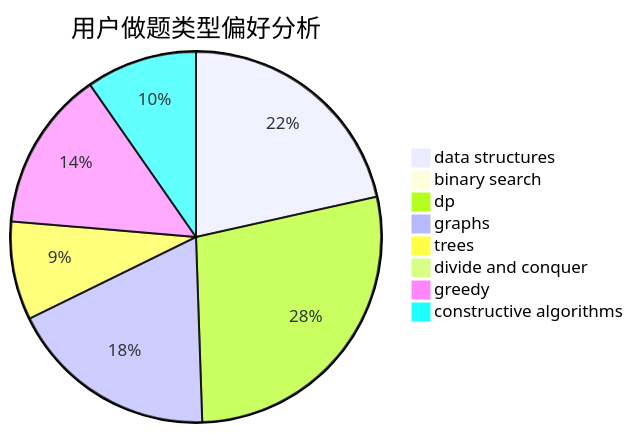
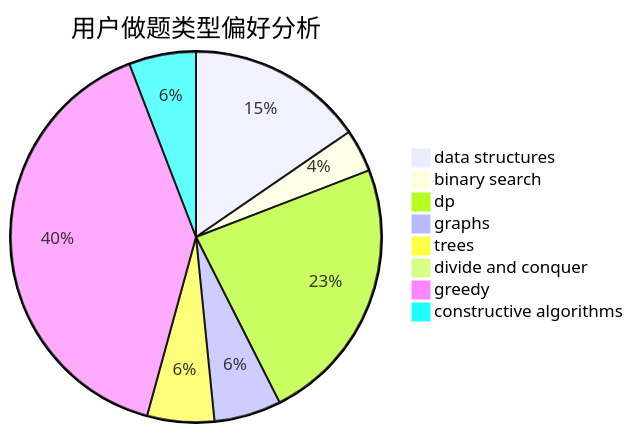
Before and after one commit to sherpahu/cfrs.github.io: the second of 3 diagrams in docs/user/u887.md, drawn with Mermaid. The commit also changed other lines of this file and 2770 other files, not shown here.

````diff
--- a/docs/user/u887.md
+++ b/docs/user/u887.md
@@ -23,11 +23,11 @@
 ```mermaid
 pie title 用户做题类型偏好分析
-    "data structures" :  20
-    "binary search" :  0
-    "dp" :  26
-    "graphs" :  17
-    "trees" :  8
+    "data structures" :  29
+    "binary search" :  7
+    "dp" :  44
+    "graphs" :  11
+    "trees" :  11
     "divide and conquer" :  0
-    "greedy" :  13
-    "constructive algorithms" :  9
+    "greedy" :  75
+    "constructive algorithms" :  11
 ```
````
